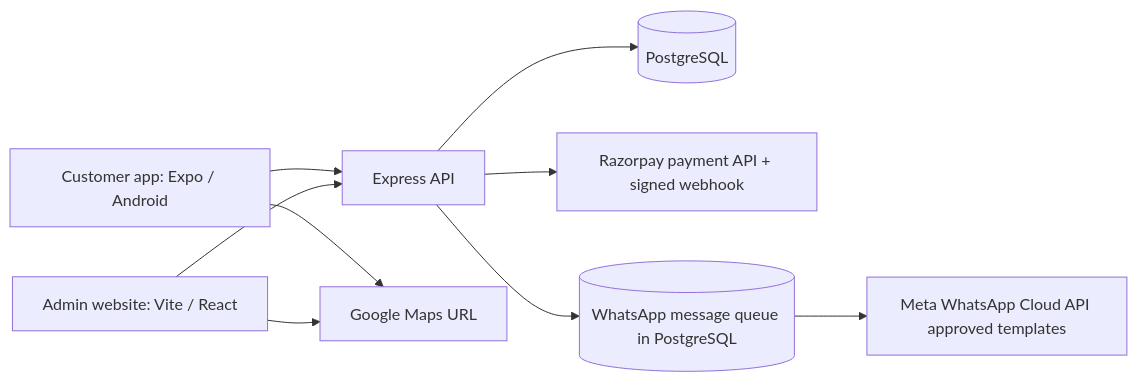
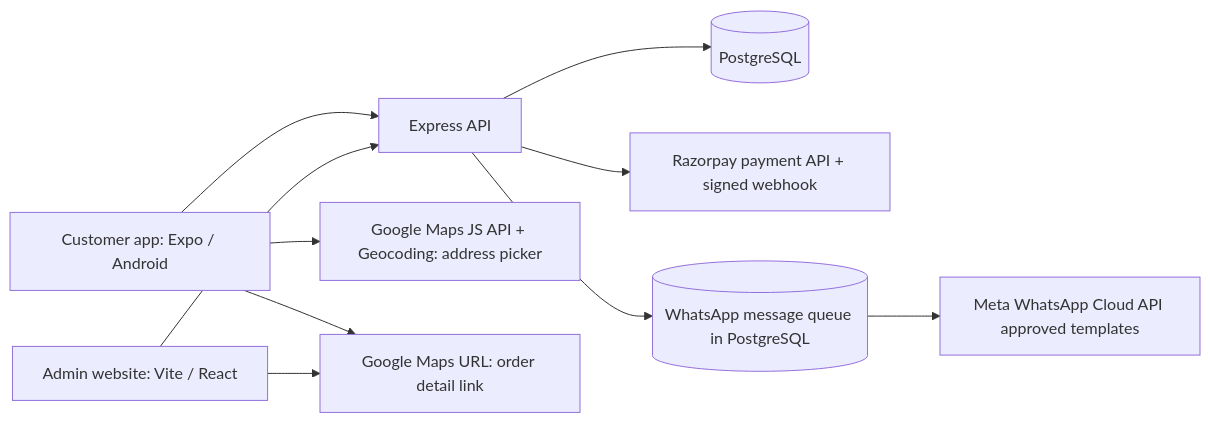
One commit to nathan292004/Dussehra-Dolls changed the diagram in docs/INTEGRATIONS-SETUP.md. Above: the diagram before and after it, drawn with Mermaid. The commit also changed other lines of this file and 97 other files, not shown here.

````diff
--- a/docs/INTEGRATIONS-SETUP.md
+++ b/docs/INTEGRATIONS-SETUP.md
@@ -7,11 +7,12 @@
 ```mermaid
 flowchart LR
   M[Customer app: Expo / Android] --> A[Express API]
   W[Admin website: Vite / React] --> A
   A --> D[(PostgreSQL)]
   A --> R[Razorpay payment API + signed webhook]
   A --> Q[(WhatsApp message queue in PostgreSQL)]
   Q --> T[Meta WhatsApp Cloud API approved templates]
-  M --> G[Google Maps URL]
-  W --> G
+  M --> G[Google Maps JS API + Geocoding: address picker]
+  M --> GL[Google Maps URL: order detail link]
+  W --> GL
 ```
````
